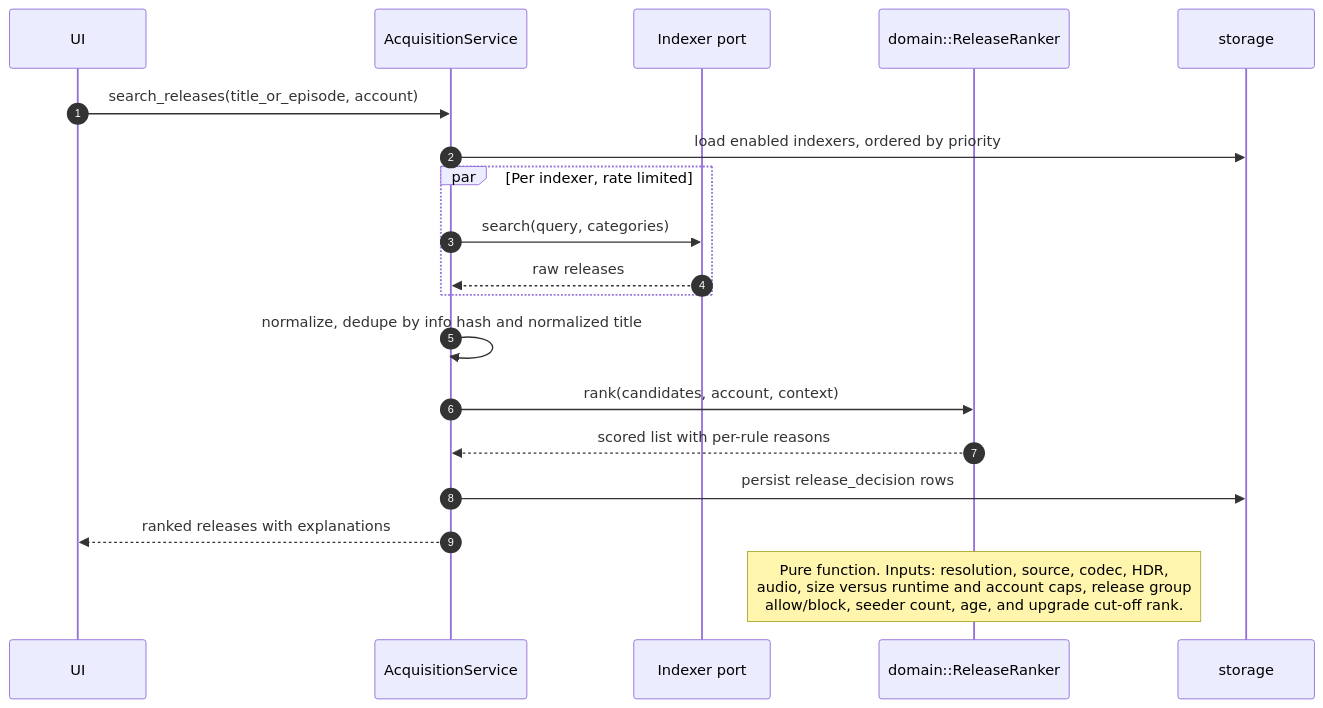
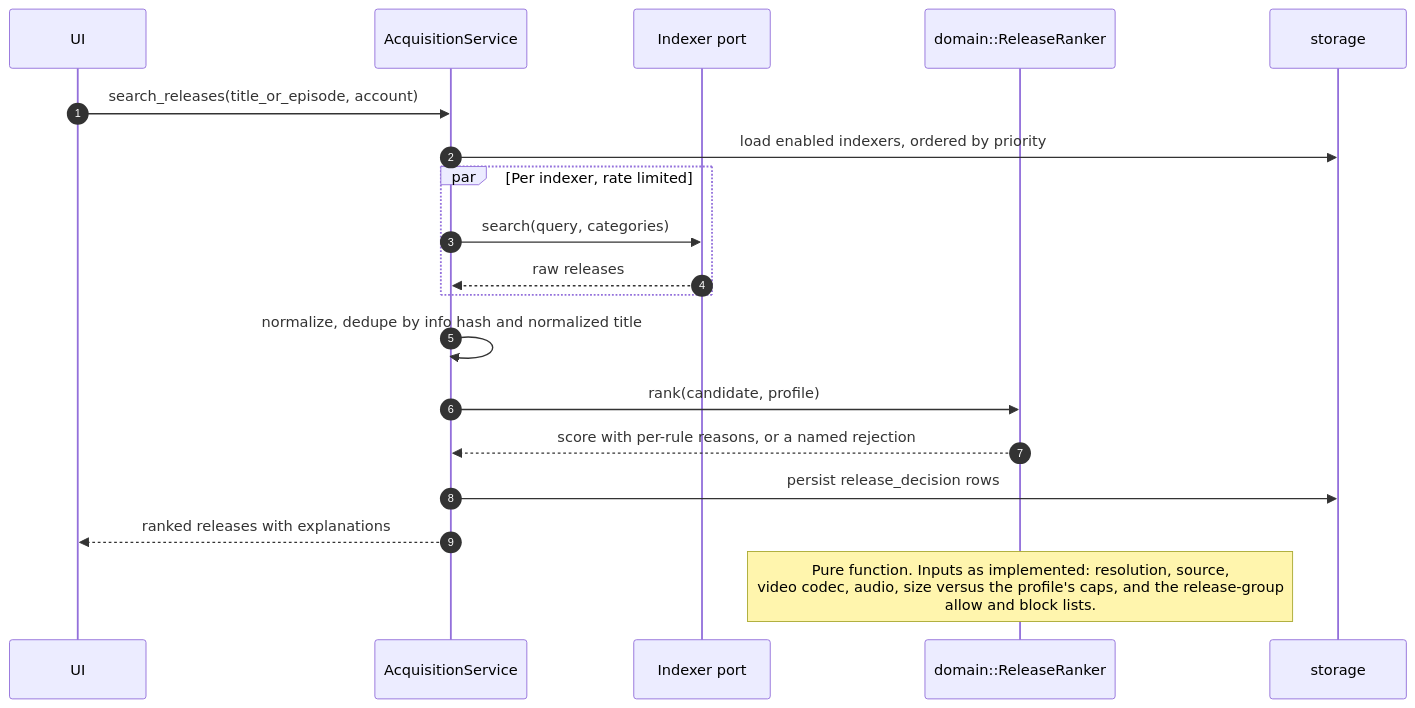
Before and after one commit to DavidNgugi/peregrine: the fifth of 20 diagrams in docs/FLOWS.md, drawn with Mermaid. The commit also changed other lines of this file and 3 other files, not shown here.

````diff
--- a/docs/FLOWS.md
+++ b/docs/FLOWS.md
@@ -210,23 +210,23 @@
 ```mermaid
 sequenceDiagram
     autonumber
     participant UI
     participant Acq as AcquisitionService
     participant Idx as Indexer port
     participant Rank as domain::ReleaseRanker
     participant DB as storage
 
     UI->>Acq: search_releases(title_or_episode, account)
     Acq->>DB: load enabled indexers, ordered by priority
     par Per indexer, rate limited
         Acq->>Idx: search(query, categories)
         Idx-->>Acq: raw releases
     end
     Acq->>Acq: normalize, dedupe by info hash and normalized title
-    Acq->>Rank: rank(candidates, account, context)
-    Rank-->>Acq: scored list with per-rule reasons
+    Acq->>Rank: rank(candidate, profile)
+    Rank-->>Acq: score with per-rule reasons, or a named rejection
     Acq->>DB: persist release_decision rows
     Acq-->>UI: ranked releases with explanations
 
-    Note over Rank: Pure function. Inputs: resolution, source, codec, HDR,<br/>audio, size versus runtime and account caps, release group<br/>allow/block, seeder count, age, and upgrade cut-off rank.
+    Note over Rank: Pure function. Inputs as implemented: resolution, source,<br/>video codec, audio, size versus the profile's caps, and the release-group<br/>allow and block lists.
 ```
````
